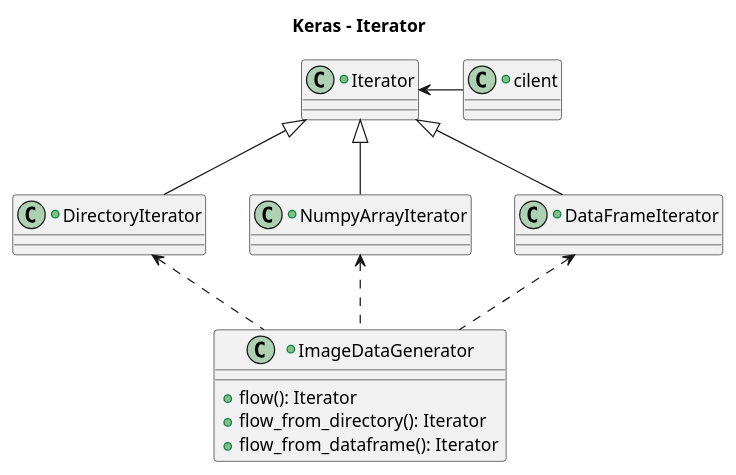
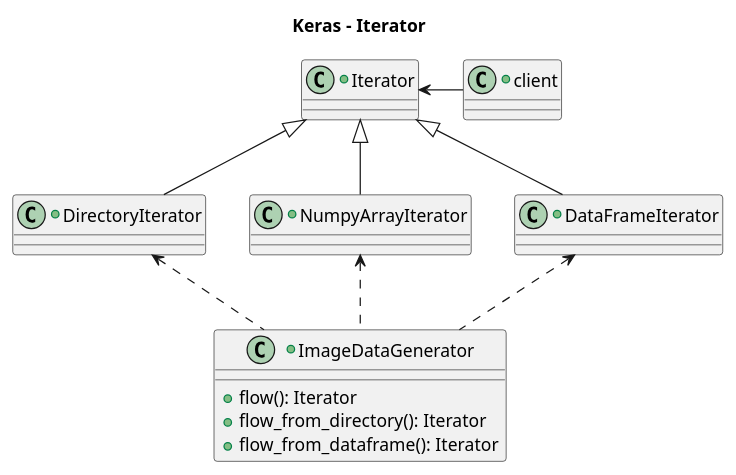
Before and after one commit to pholpaphankorn/keras_softarch_assignment: the diagram in uml_diagram/src/keras_iterator_lite.puml, drawn with PlantUML. The commit also changed 4 other files, not shown here.

```diff
--- a/uml_diagram/src/keras_iterator_lite.puml
+++ b/uml_diagram/src/keras_iterator_lite.puml
@@ -1,37 +1,37 @@
 @startuml
 
 title Keras - Iterator
 
 +class Iterator  {
 
 }
 
 +class DirectoryIterator extends Iterator {
    
 }
 
 +class NumpyArrayIterator extends Iterator {
        
 }
   
 
 +class DataFrameIterator extends Iterator {
      
 }
 
 +class ImageDataGenerator {
     +flow(): Iterator
     +flow_from_directory(): Iterator
     +flow_from_dataframe(): Iterator
 }
 
-+class cilent{
++class client{
 
 }
 
 ImageDataGenerator -up[dashed]-> DataFrameIterator
 ImageDataGenerator -up[dashed]-> NumpyArrayIterator
 ImageDataGenerator -up[dashed]-> DirectoryIterator
 
-cilent -left-> Iterator
+client -left-> Iterator
 @enduml
```
